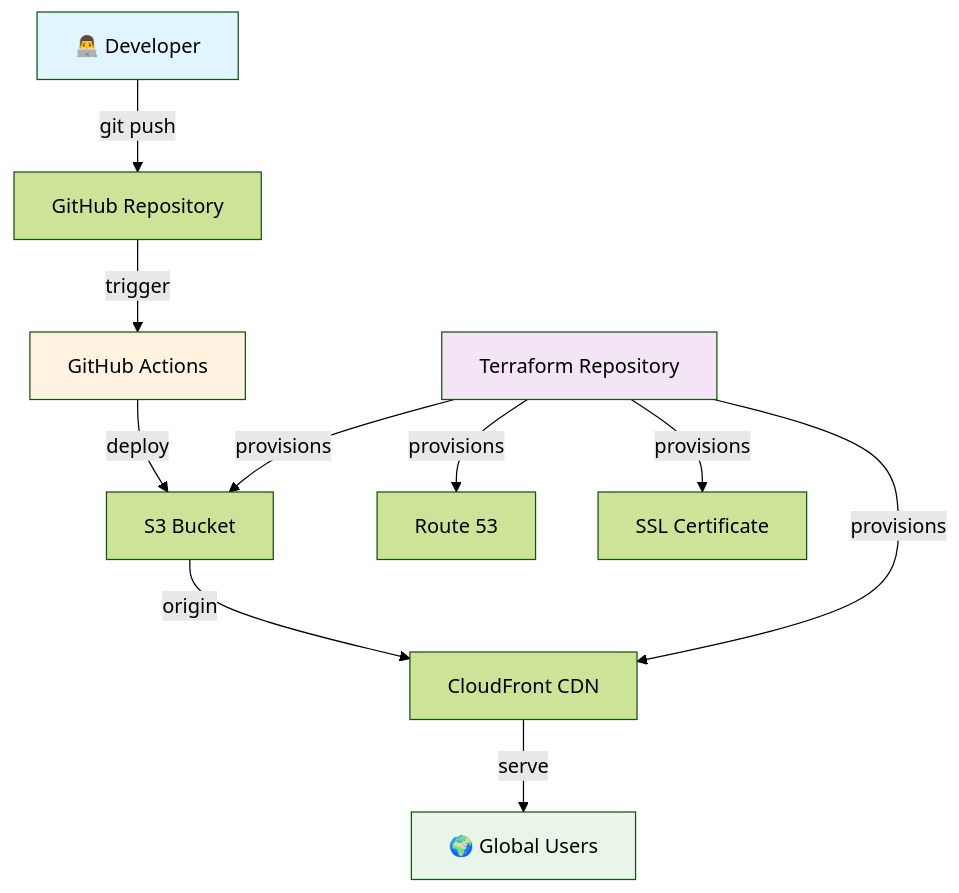
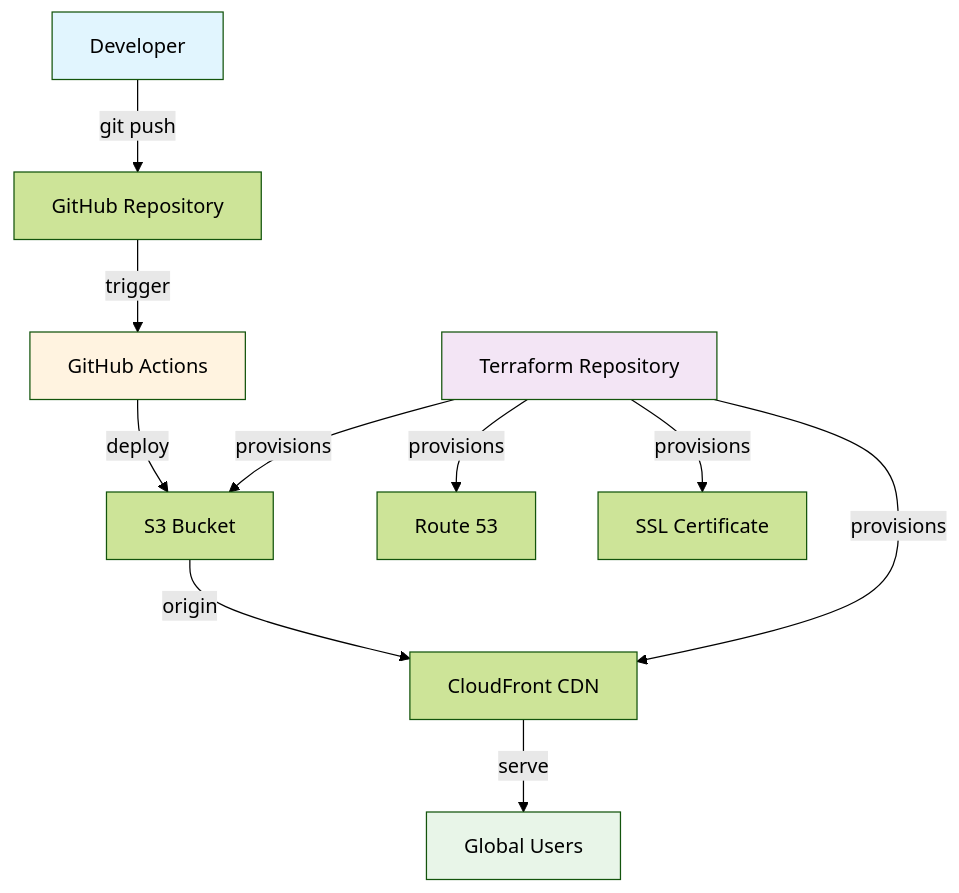
The diagram in README.md (TanyaMushonga/aws-static-site-deploy), drawn with Mermaid (forest theme) before and after one commit. The commit also changed other lines of this file, not shown here.

````diff
--- a/README.md
+++ b/README.md
@@ -25,18 +25,18 @@
 ```mermaid
 graph TB
-    A[👨‍💻 Developer] -->|git push| B[GitHub Repository]
+    A[Developer] -->|git push| B[GitHub Repository]
     B -->|trigger| C[GitHub Actions]
     C -->|deploy| D[S3 Bucket]
     D -->|origin| E[CloudFront CDN]
-    E -->|serve| F[🌍 Global Users]
+    E -->|serve| F[Global Users]
 
     G[Terraform Repository] -->|provisions| D
     G -->|provisions| E
     G -->|provisions| H[Route 53]
     G -->|provisions| I[SSL Certificate]
 
     style A fill:#e1f5fe
     style F fill:#e8f5e8
     style G fill:#f3e5f5
     style C fill:#fff3e0
 ```
````
